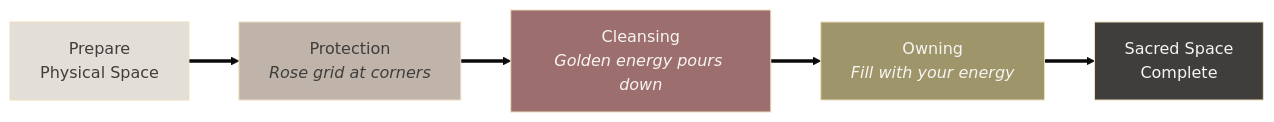
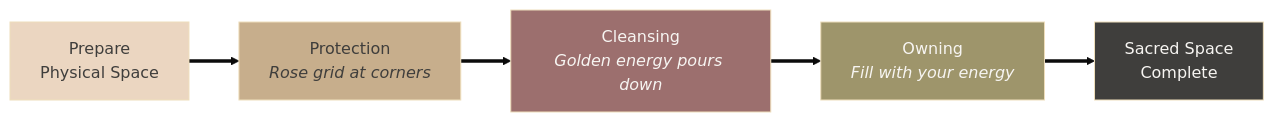
One commit to Light-Brands/roses-os changed diagram 13 of 28 in docs/brand/brand-dna.md. Above: the diagram before and after it, drawn with Mermaid (base theme). The commit also changed other lines of this file and 2 other files, not shown here.

````diff
--- a/docs/brand/brand-dna.md
+++ b/docs/brand/brand-dna.md
@@ -648,13 +648,13 @@
 ```mermaid
 graph LR
     A["Prepare<br/>Physical Space"] ==> B["Protection<br/><i>Rose grid at corners</i>"]
     B ==> C["Cleansing<br/><i>Golden energy pours down</i>"]
     C ==> D["Owning<br/><i>Fill with your energy</i>"]
     D ==> E["Sacred Space<br/>Complete"]
 
-    style A fill:#E4DED8,color:#3F3E3C
-    style B fill:#BFB3AA,color:#3F3E3C
+    style A fill:#EBD6C1,color:#3F3E3C
+    style B fill:#C7AE8C,color:#3F3E3C
     style C fill:#9C6F6E,color:#F7F5F2
     style D fill:#9E956B,color:#F7F5F2
     style E fill:#3F3E3C,color:#F7F5F2
 ```
````
